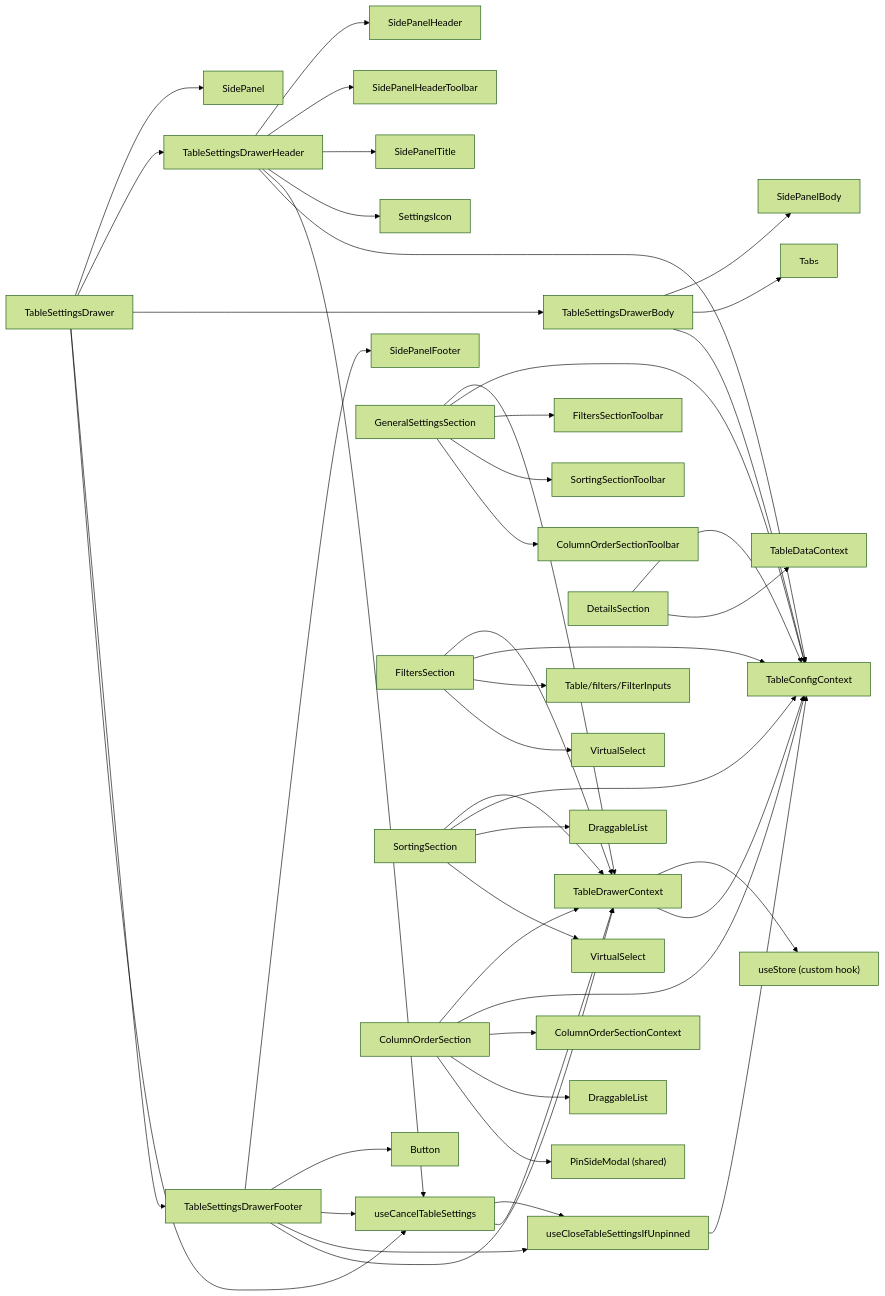
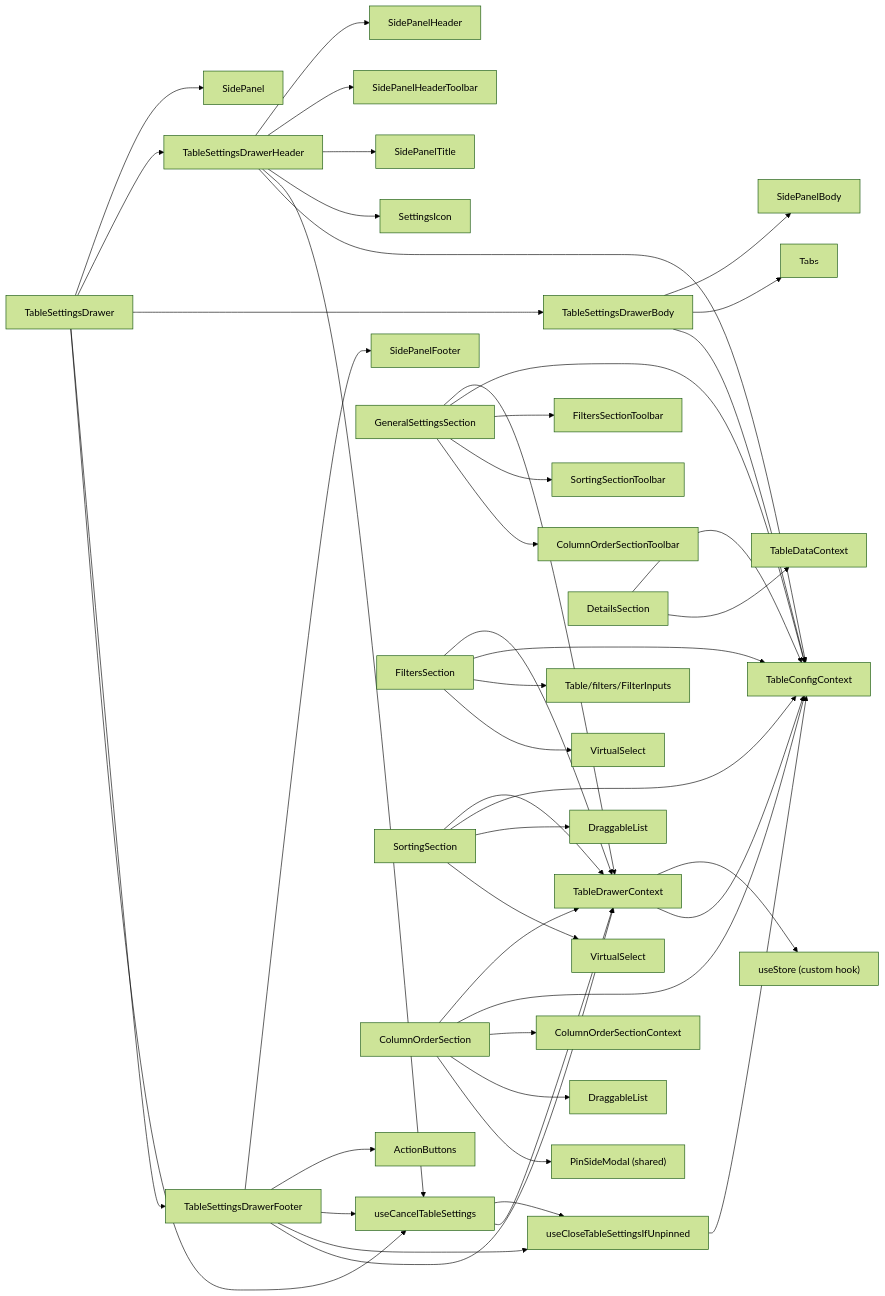
One commit to luciocabrera/lcabrera-stack changed the first of 3 diagrams in packages/ui/src/components/Table/TableSettingsDrawer/ARCHITECTURE.md. Above: the diagram before and after it, drawn with Mermaid (forest theme). The commit also changed 24 other files, not shown here.

Commit message:
feat(ui): introduce ActionButtons component for consistent button handling across modals and footers

````diff
--- a/packages/ui/src/components/Table/TableSettingsDrawer/ARCHITECTURE.md
+++ b/packages/ui/src/components/Table/TableSettingsDrawer/ARCHITECTURE.md
@@ -108,57 +108,57 @@
 ```mermaid
 graph LR
   TSD["TableSettingsDrawer"] --> SidePanel
   TSD --> TSDHeader["TableSettingsDrawerHeader"]
   TSD --> TSDBody["TableSettingsDrawerBody"]
   TSD --> TSDFooter["TableSettingsDrawerFooter"]
   TSD --> CancelHook["useCancelTableSettings"]
 
   TSDHeader --> SidePanelHeader
   TSDHeader --> SidePanelHeaderToolbar
   TSDHeader --> SidePanelTitle
   TSDHeader --> SettingsIcon
   TSDHeader --> CancelHook
   TSDHeader --> TableConfigContext
 
   TSDBody --> SidePanelBody
   TSDBody --> Tabs
   TSDBody --> TableConfigContext
 
   TSDFooter --> SidePanelFooter
-  TSDFooter --> Button
+  TSDFooter --> ActionButtons
   TSDFooter --> CancelHook
   TSDFooter --> CloseHook["useCloseTableSettingsIfUnpinned"]
   TSDFooter --> TableDrawerContext
 
   CancelHook --> CloseHook
   CancelHook --> TableDrawerContext
   CloseHook --> TableConfigContext
 
   TableDrawerContext --> useStore["useStore (custom hook)"]
   TableDrawerContext --> TableConfigContext
 
   GeneralSettingsSection --> TableDrawerContext
   GeneralSettingsSection --> TableConfigContext
   GeneralSettingsSection --> FiltersSectionToolbar
   GeneralSettingsSection --> SortingSectionToolbar
   GeneralSettingsSection --> ColumnOrderSectionToolbar
 
   DetailsSection --> TableConfigContext
   DetailsSection --> TableDataContext
 
   FiltersSection --> TableDrawerContext
   FiltersSection --> TableConfigContext
   FiltersSection --> FilterInputs["Table/filters/FilterInputs"]
   FiltersSection --> VirtualSelect
 
   SortingSection --> TableDrawerContext
   SortingSection --> TableConfigContext
   SortingSection --> DraggableList
   SortingSection --> VirtualSelect2["VirtualSelect"]
 
   ColumnOrderSection --> TableDrawerContext
   ColumnOrderSection --> TableConfigContext
   ColumnOrderSection --> ColumnOrderSectionContext
   ColumnOrderSection --> DraggableList2["DraggableList"]
   ColumnOrderSection --> PinSideModal["PinSideModal (shared)"]
 ```
````
